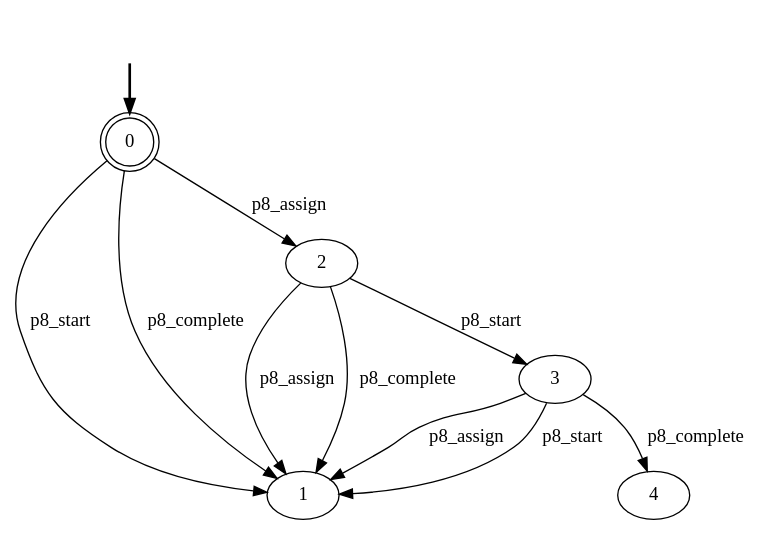
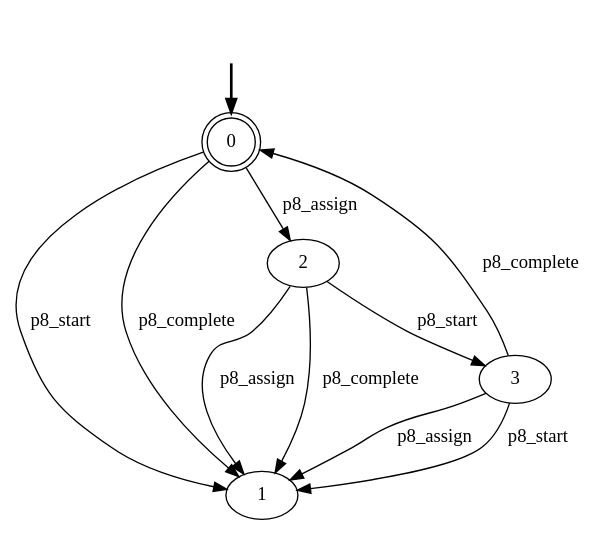
The diagram in out/production/Aligner/lifecycle/p8__lifecycle.dot (GianmarcoBordin/pddlTranslator), drawn with Graphviz before and after one commit. The commit also changed 101 other files, not shown here.

```diff
--- a/out/production/Aligner/lifecycle/p8__lifecycle.dot
+++ b/out/production/Aligner/lifecycle/p8__lifecycle.dot
@@ -1,17 +1,17 @@
 digraph {
 	fake0 [style=invisible]
 	0 [root=true] [shape=doublecircle]
 	1
 	2
 	3
 	fake0 -> 0 [style=bold]
 	2 -> 1 [label=p8_assign]
 	2 -> 3 [label=p8_start]
 	2 -> 1 [label=p8_complete]
 	3 -> 1 [label=p8_assign]
 	3 -> 1 [label=p8_start]
-	3 -> 4 [label=p8_complete]
+	3 -> 0 [label=p8_complete]
 	0 -> 2 [label=p8_assign]
 	0 -> 1 [label=p8_start]
 	0 -> 1 [label=p8_complete]
 }
```
